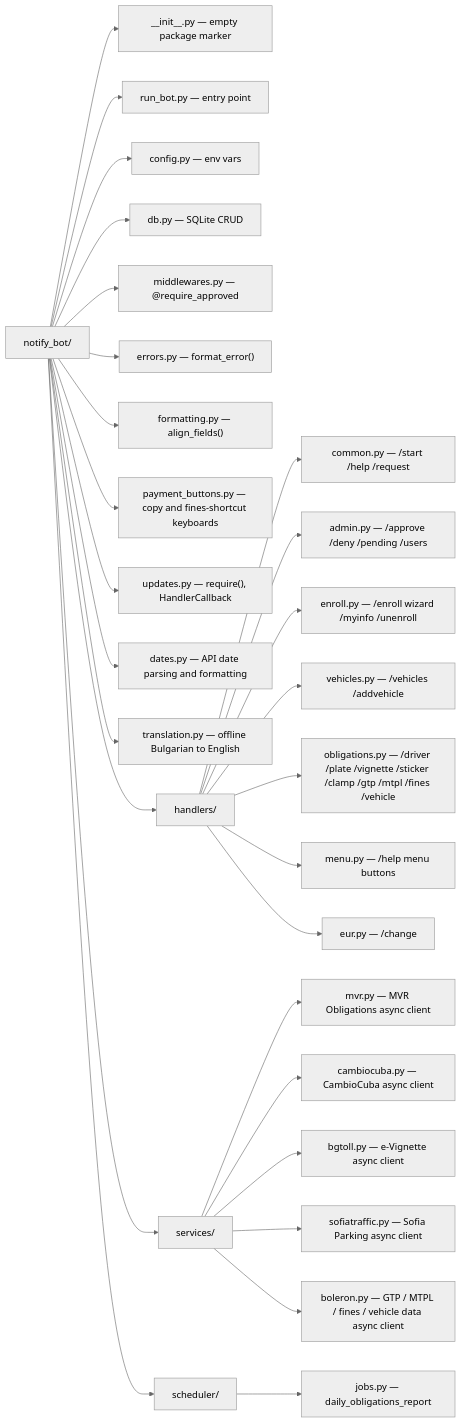
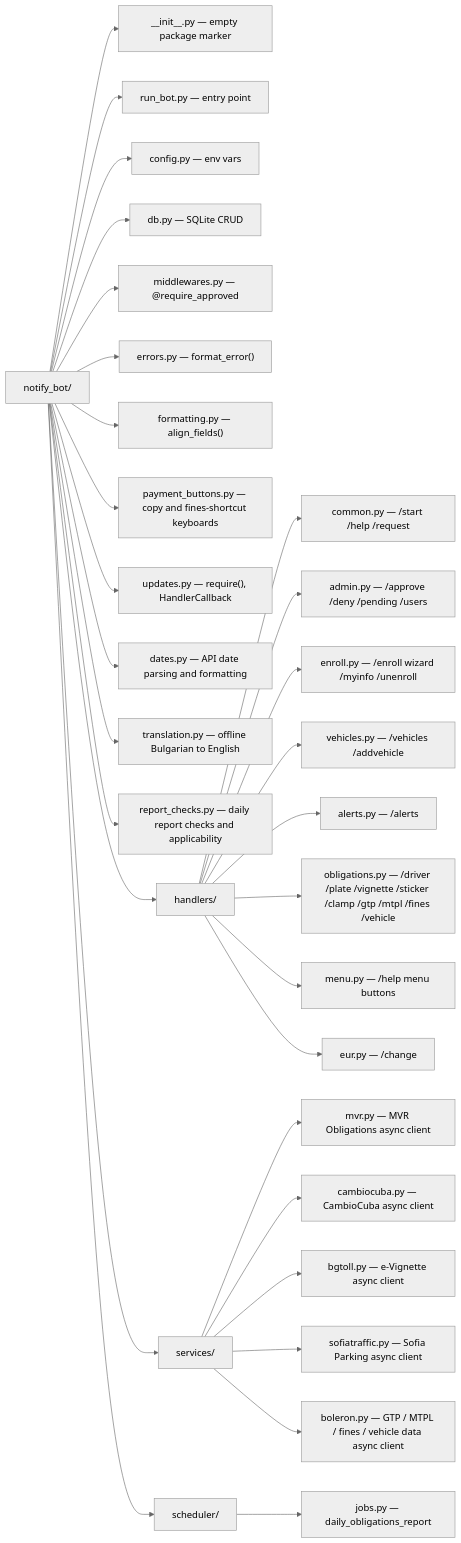
The second of 9 diagrams in docs/plan.md (SecDevOpsPro/notify-telegram-bot), drawn with Mermaid (neutral theme) before and after one commit. The commit also changed other lines of this file and 12 other files, not shown here.

First line of the commit message:
Added /alerts to configure the daily report checks

````diff
--- a/docs/plan.md
+++ b/docs/plan.md
@@ -66,35 +67,37 @@
 ```mermaid
 graph LR
     root["notify_bot/"]
 
     root --> init["__init__.py — empty package marker"]
     root --> rb["run_bot.py — entry point"]
     root --> cfg["config.py — env vars"]
     root --> db["db.py — SQLite CRUD"]
     root --> mw["middlewares.py — @require_approved"]
     root --> err["errors.py — format_error()"]
     root --> fmt["formatting.py — align_fields()"]
     root --> pb["payment_buttons.py — copy and fines-shortcut keyboards"]
     root --> upd["updates.py — require(), HandlerCallback"]
     root --> dt["dates.py — API date parsing and formatting"]
     root --> tr["translation.py — offline Bulgarian to English"]
+    root --> rc["report_checks.py — daily report checks and applicability"]
 
     root --> h["handlers/"]
     h --> hc["common.py — /start /help /request"]
     h --> ha["admin.py — /approve /deny /pending /users"]
     h --> he["enroll.py — /enroll wizard /myinfo /unenroll"]
     h --> hv["vehicles.py — /vehicles /addvehicle"]
+    h --> hl["alerts.py — /alerts"]
     h --> ho["obligations.py — /driver /plate /vignette /sticker /clamp /gtp /mtpl /fines /vehicle"]
     h --> hm["menu.py — /help menu buttons"]
     h --> hu["eur.py — /change"]
 
     root --> s["services/"]
     s --> sm["mvr.py — MVR Obligations async client"]
     s --> sc["cambiocuba.py — CambioCuba async client"]
     s --> sb["bgtoll.py — e-Vignette async client"]
     s --> sb2["sofiatraffic.py — Sofia Parking async client"]
     s --> sbo["boleron.py — GTP / MTPL / fines / vehicle data async client"]
 
     root --> sk["scheduler/"]
     sk --> sj["jobs.py — daily_obligations_report"]
 ```
````
